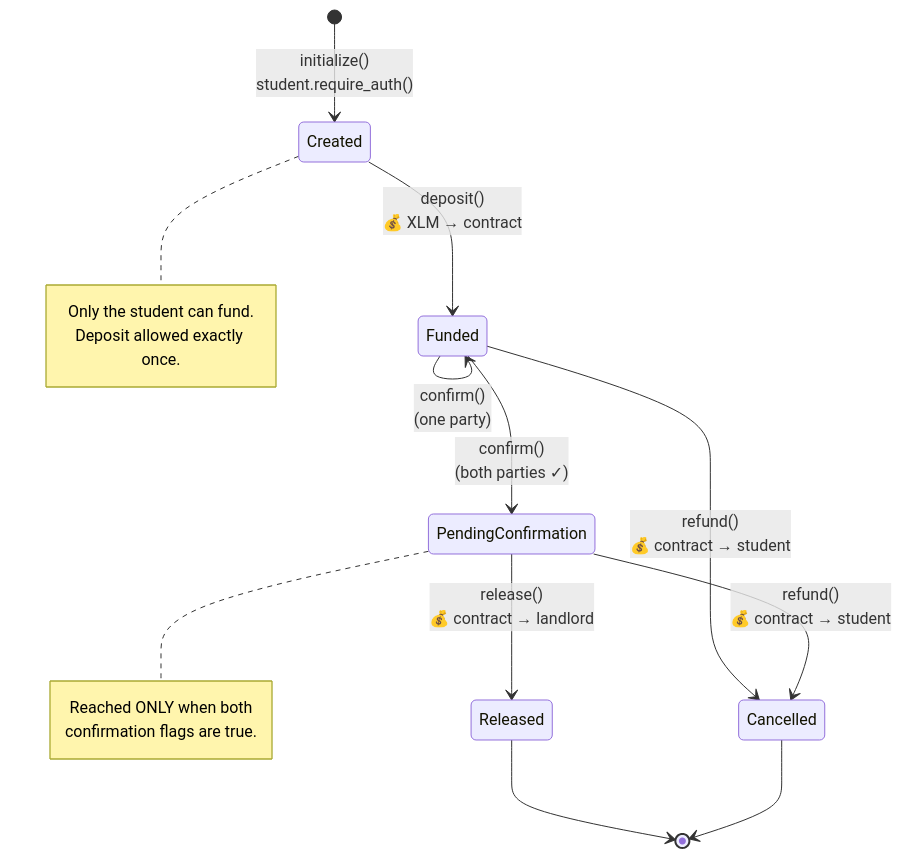
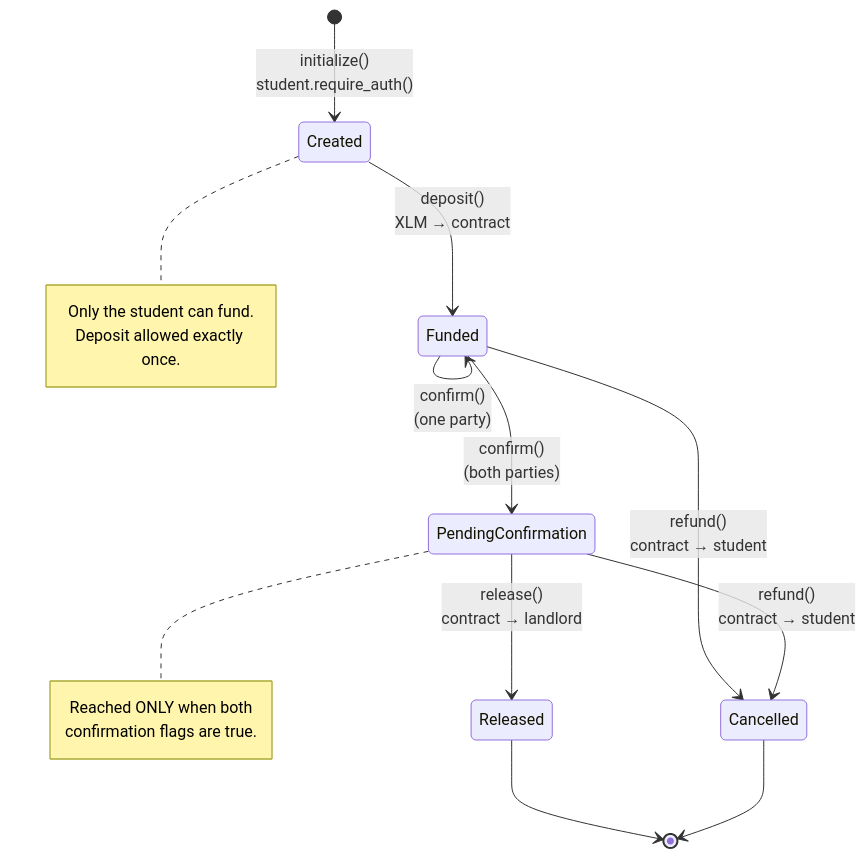
One commit to omjoshi-2307/SureD changed the fourth of 6 diagrams in README.md. Above: the diagram before and after it, drawn with Mermaid. The commit also changed other lines of this file and 1 other file, not shown here.

````diff
--- a/README.md
+++ b/README.md
@@ -294,22 +272,22 @@
 ```mermaid
 stateDiagram-v2
     [*] --> Created : initialize()<br/>student.require_auth()
-    Created --> Funded : deposit()<br/>💰 XLM → contract
+    Created --> Funded : deposit()<br/>XLM → contract
     Funded --> Funded : confirm()<br/>(one party)
-    Funded --> PendingConfirmation : confirm()<br/>(both parties ✓)
-    PendingConfirmation --> Released : release()<br/>💰 contract → landlord
-    Funded --> Cancelled : refund()<br/>💰 contract → student
-    PendingConfirmation --> Cancelled : refund()<br/>💰 contract → student
+    Funded --> PendingConfirmation : confirm()<br/>(both parties)
+    PendingConfirmation --> Released : release()<br/>contract → landlord
+    Funded --> Cancelled : refund()<br/>contract → student
+    PendingConfirmation --> Cancelled : refund()<br/>contract → student
     Released --> [*]
     Cancelled --> [*]
 
     note right of Created
         Only the student can fund.
         Deposit allowed exactly once.
     end note
 
     note right of PendingConfirmation
         Reached ONLY when both
         confirmation flags are true.
     end note
 ```
````
